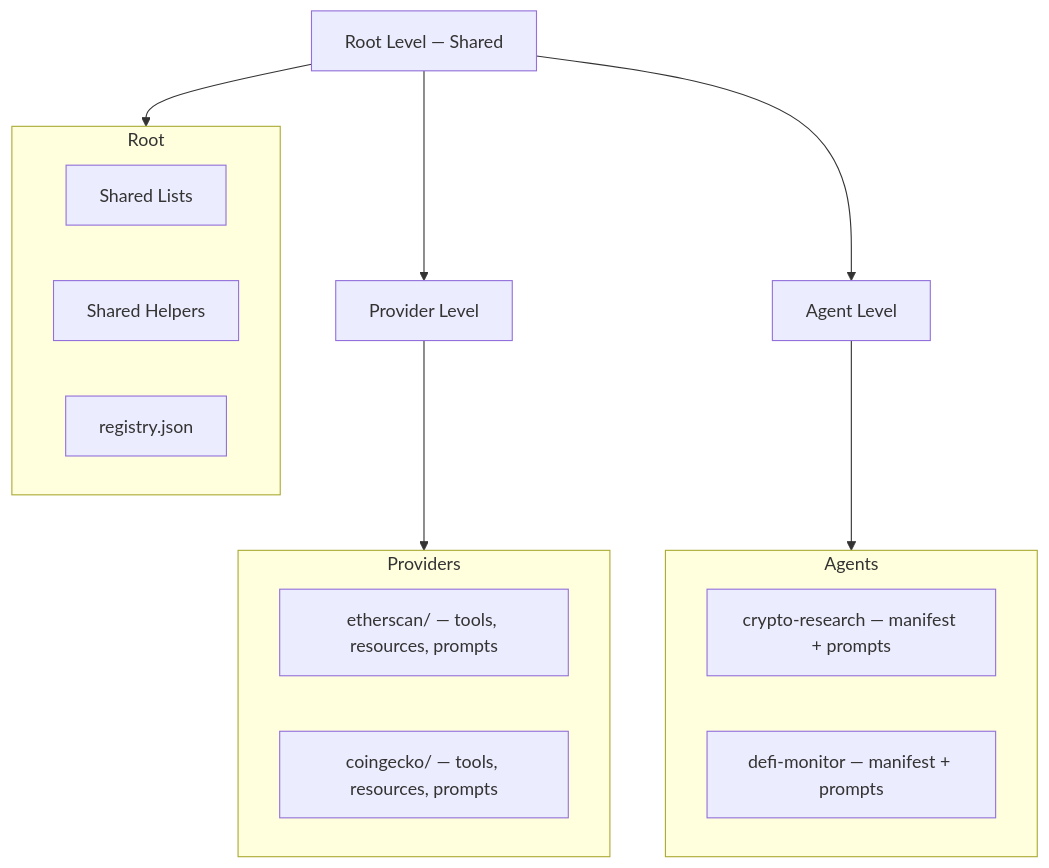
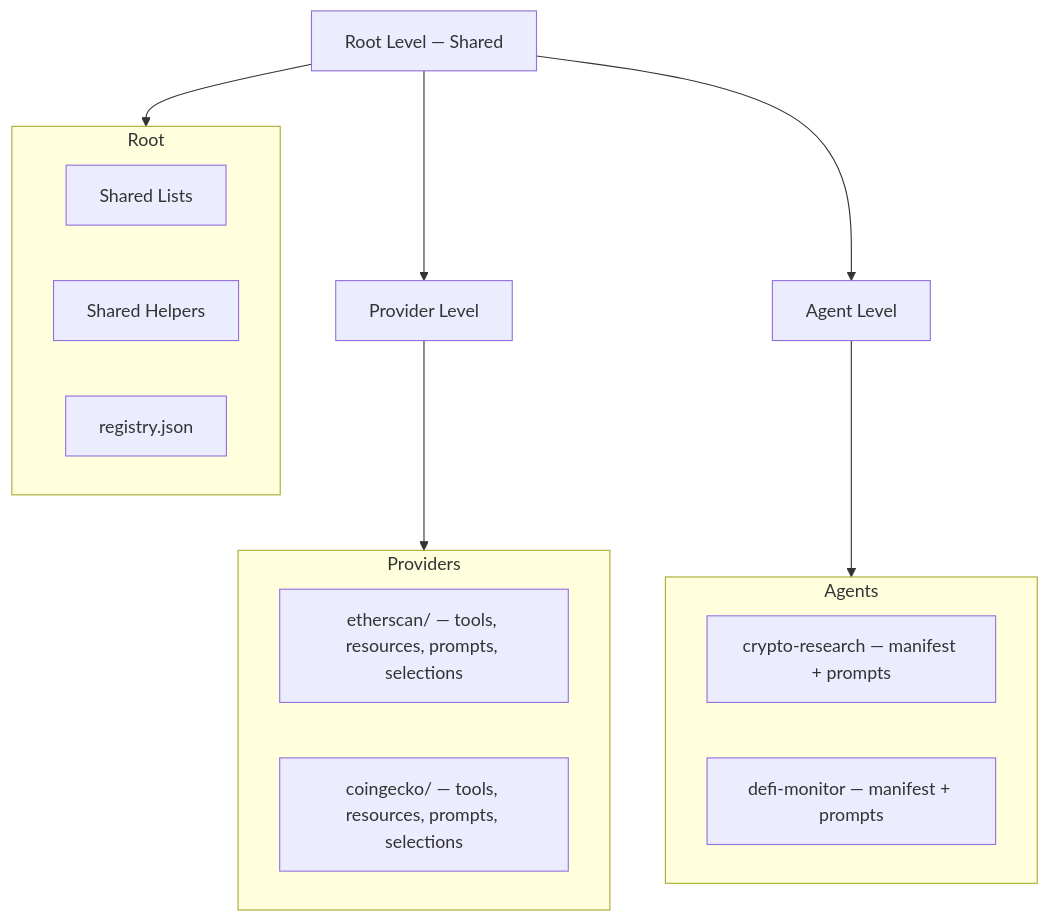
The diagram in README.md (FlowMCP/flowmcp-spec), drawn with Mermaid before and after one commit. The commit also changed other lines of this file, not shown here.

Commit message:
docs(v4): README — full rewrite for v4.0.0 spec (23 docs, 5 primitives, selections, prefill)

````diff
--- a/README.md
+++ b/README.md
@@ -11,26 +11,26 @@
 ```mermaid
 flowchart TD
     R[Root Level — Shared]
     R --> P[Provider Level]
     R --> AG[Agent Level]
 
     subgraph Root
         SL[Shared Lists]
         SH[Shared Helpers]
         REG[registry.json]
     end
 
     subgraph Providers
-        P1[etherscan/ — tools, resources, prompts]
-        P2[coingecko/ — tools, resources, prompts]
+        P1[etherscan/ — tools, resources, prompts, selections]
+        P2[coingecko/ — tools, resources, prompts, selections]
     end
 
     subgraph Agents
         A1[crypto-research — manifest + prompts]
         A2[defi-monitor — manifest + prompts]
     end
 
     R --> Root
     P --> Providers
     AG --> Agents
 ```
````
